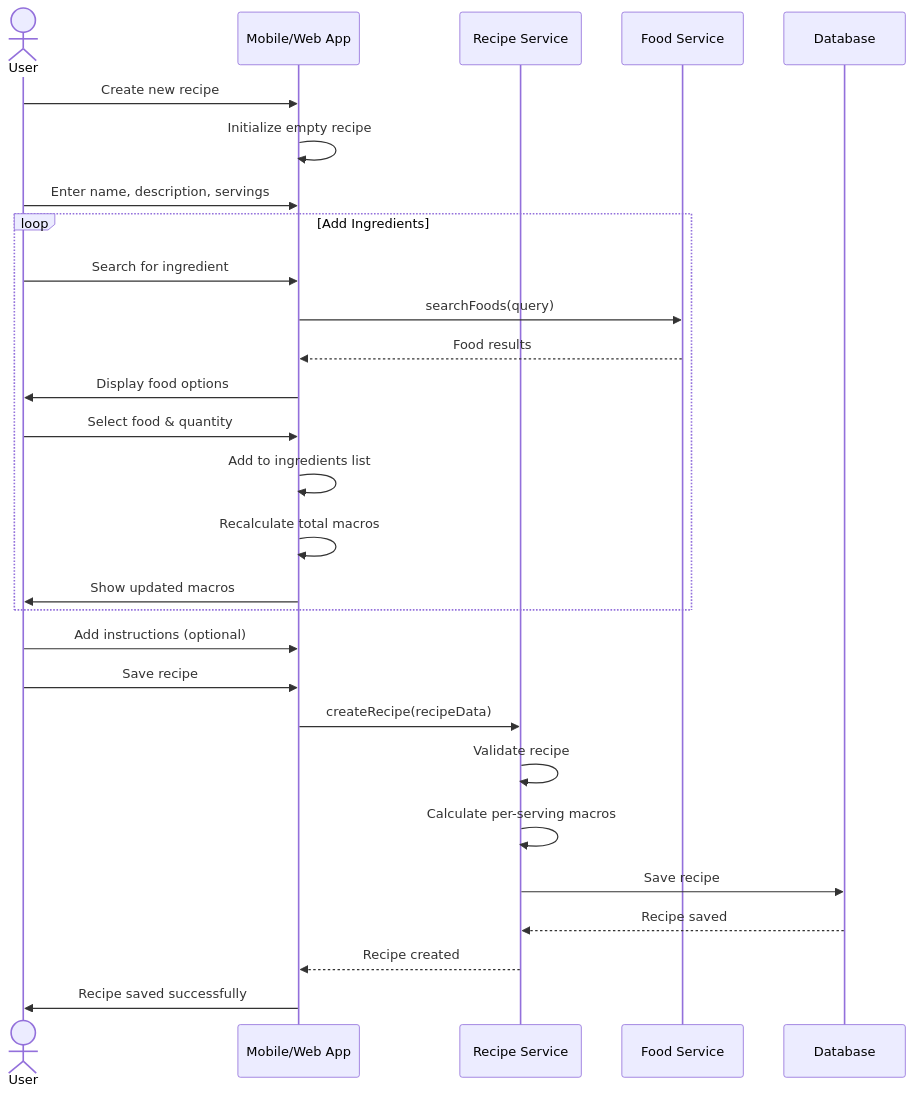
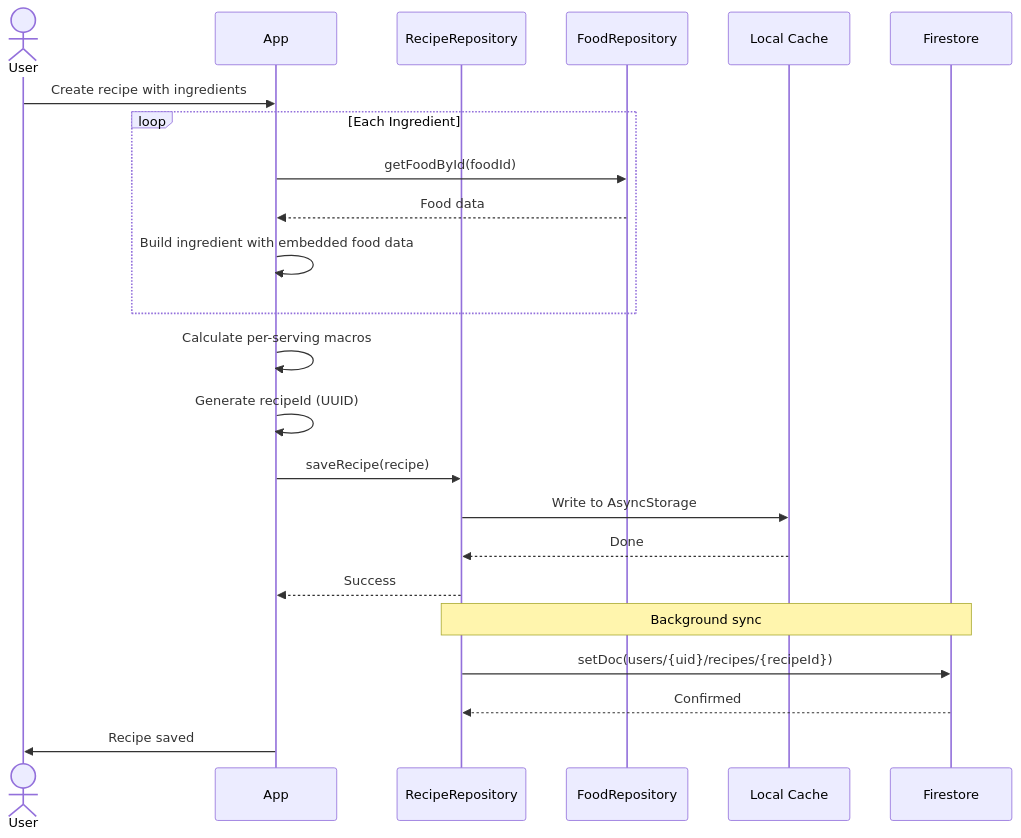
Before and after one commit to TimothyYao/meal-planning: diagram 15 of 26 in doc/recipes-design.md, drawn with Mermaid. The commit also changed other lines of this file, not shown here.

First line of the commit message:
Update recipes design for Firestore with repository pattern

````diff
--- a/doc/recipes-design.md
+++ b/doc/recipes-design.md
@@ -261,36 +497,31 @@
 ```mermaid
 sequenceDiagram
     actor User
-    participant App as Mobile/Web App
-    participant RecipeService as Recipe Service
-    participant FoodService as Food Service
-    participant DB as Database
+    participant App as App
+    participant RecipeRepo as RecipeRepository
+    participant FoodRepo as FoodRepository
+    participant Cache as Local Cache
+    participant FS as Firestore
     
-    User->>App: Create new recipe
-    App->>App: Initialize empty recipe
+    User->>App: Create recipe with ingredients
     
-    User->>App: Enter name, description, servings
-    
-    loop Add Ingredients
-        User->>App: Search for ingredient
-        App->>FoodService: searchFoods(query)
-        FoodService-->>App: Food results
-        App->>User: Display food options
-        
-        User->>App: Select food & quantity
-        App->>App: Add to ingredients list
-        App->>App: Recalculate total macros
-        App->>User: Show updated macros
+    loop Each Ingredient
+        App->>FoodRepo: getFoodById(foodId)
+        FoodRepo-->>App: Food data
+        App->>App: Build ingredient with embedded food data
     end
     
-    User->>App: Add instructions (optional)
-    User->>App: Save recipe
+    App->>App: Calculate per-serving macros
+    App->>App: Generate recipeId (UUID)
     
-    App->>RecipeService: createRecipe(recipeData)
-    RecipeService->>RecipeService: Validate recipe
-    RecipeService->>RecipeService: Calculate per-serving macros
-    RecipeService->>DB: Save recipe
-    DB-->>RecipeService: Recipe saved
-    RecipeService-->>App: Recipe created
-    App->>User: Recipe saved successfully
+    App->>RecipeRepo: saveRecipe(recipe)
+    RecipeRepo->>Cache: Write to AsyncStorage
+    Cache-->>RecipeRepo: Done
+    RecipeRepo-->>App: Success
+    
+    Note over RecipeRepo,FS: Background sync
+    RecipeRepo->>FS: setDoc(users/{uid}/recipes/{recipeId})
+    FS-->>RecipeRepo: Confirmed
+    
+    App->>User: Recipe saved
 ```
````
